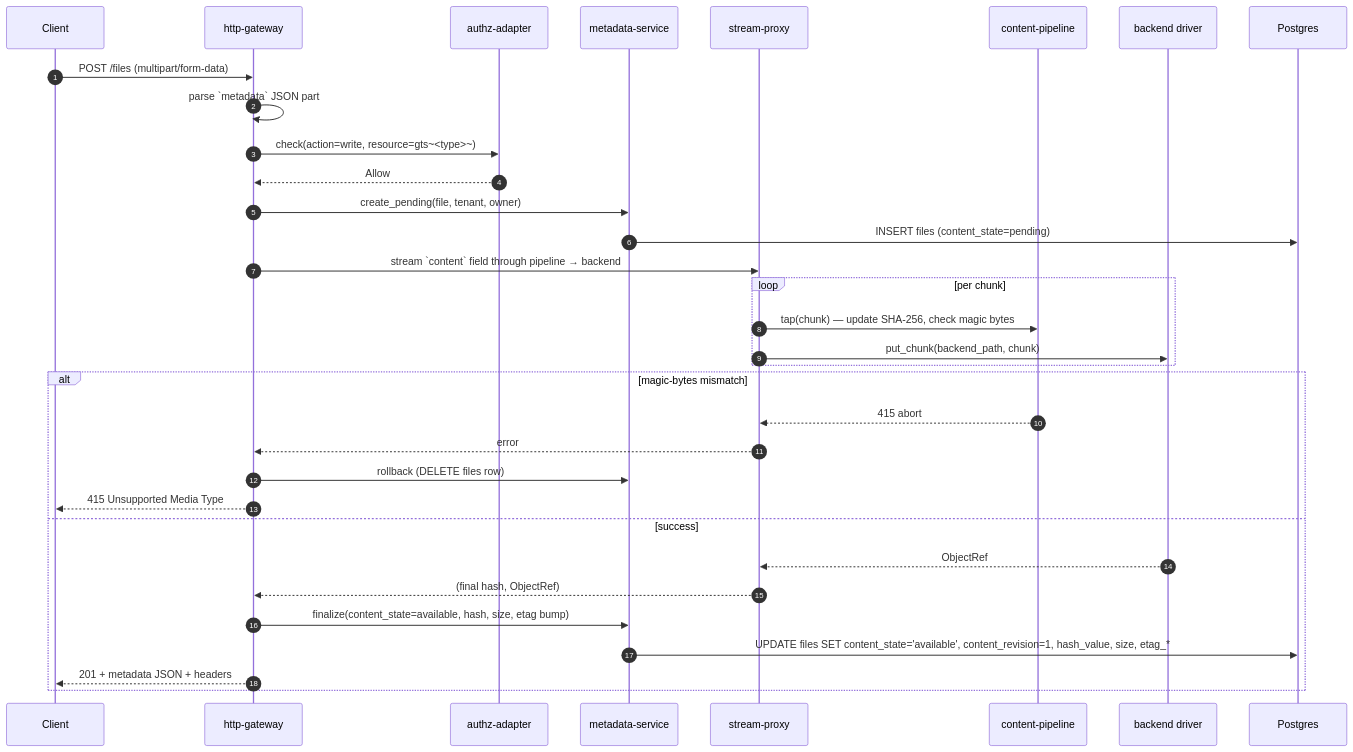
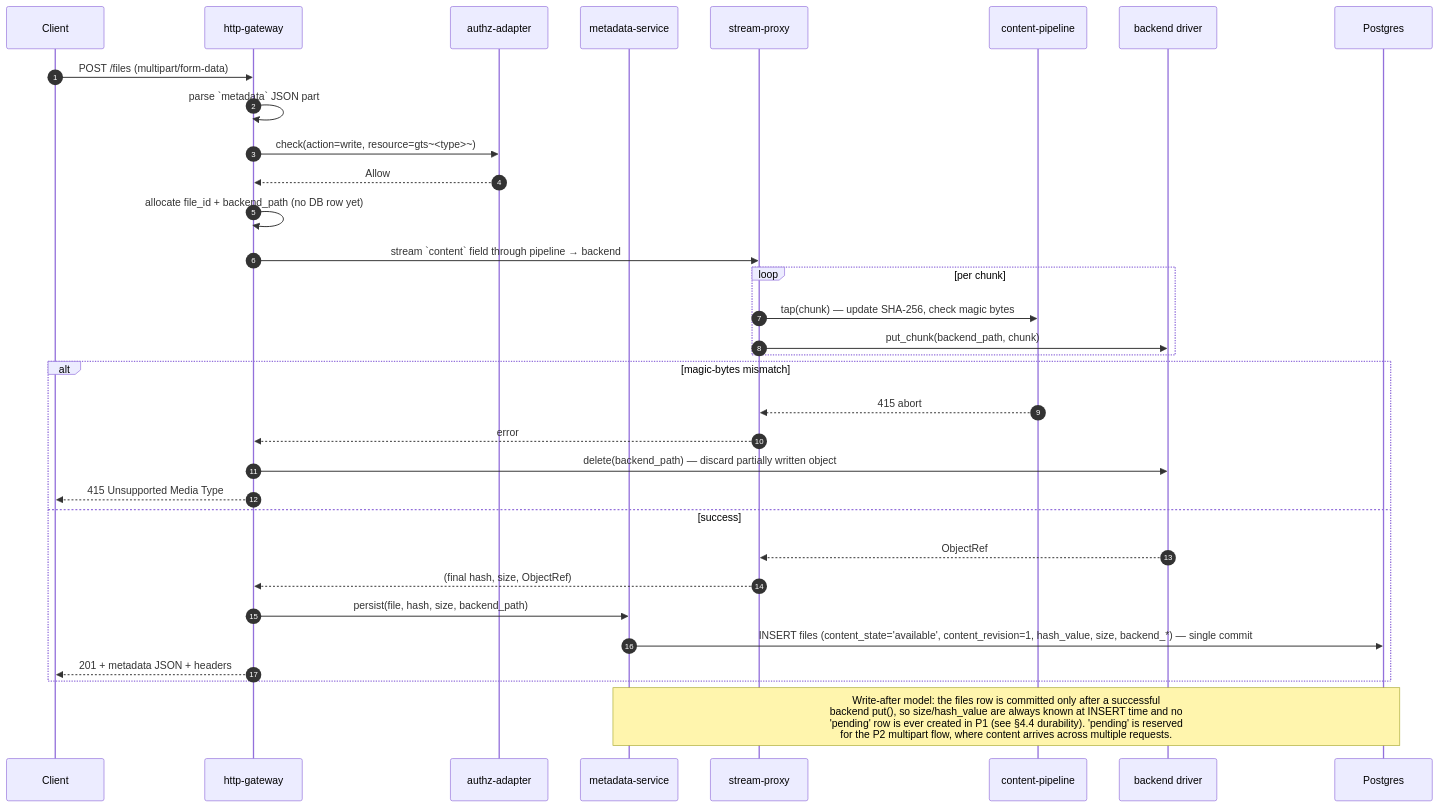
One commit to constructorfabric/gears-rust changed the third of 7 diagrams in modules/file-storage/docs/DESIGN.md. Above: the diagram before and after it, drawn with Mermaid. The commit also changed other lines of this file and 4 other files, not shown here.

````diff
--- a/modules/file-storage/docs/DESIGN.md
+++ b/modules/file-storage/docs/DESIGN.md
@@ -647,36 +649,36 @@
 ```mermaid
 sequenceDiagram
     autonumber
     participant C as Client
     participant HGW as http-gateway
     participant AZ as authz-adapter
     participant MS as metadata-service
     participant SP as stream-proxy
     participant CP as content-pipeline
     participant BA as backend driver
     participant DB as Postgres
 
     C->>HGW: POST /files (multipart/form-data)
     HGW->>HGW: parse `metadata` JSON part
     HGW->>AZ: check(action=write, resource=gts~<type>~)
     AZ-->>HGW: Allow
-    HGW->>MS: create_pending(file, tenant, owner)
-    MS->>DB: INSERT files (content_state=pending)
+    HGW->>HGW: allocate file_id + backend_path (no DB row yet)
     HGW->>SP: stream `content` field through pipeline → backend
     loop per chunk
         SP->>CP: tap(chunk) — update SHA-256, check magic bytes
         SP->>BA: put_chunk(backend_path, chunk)
     end
     alt magic-bytes mismatch
         CP-->>SP: 415 abort
         SP-->>HGW: error
-        HGW->>MS: rollback (DELETE files row)
+        HGW->>BA: delete(backend_path) — discard partially written object
         HGW-->>C: 415 Unsupported Media Type
     else success
         BA-->>SP: ObjectRef
-        SP-->>HGW: (final hash, ObjectRef)
-        HGW->>MS: finalize(content_state=available, hash, size, etag bump)
-        MS->>DB: UPDATE files SET content_state='available', content_revision=1, hash_value, size, etag_*
+        SP-->>HGW: (final hash, size, ObjectRef)
+        HGW->>MS: persist(file, hash, size, backend_path)
+        MS->>DB: INSERT files (content_state='available', content_revision=1, hash_value, size, backend_*) — single commit
         HGW-->>C: 201 + metadata JSON + headers
     end
+    Note over MS,DB: Write-after model: the files row is committed only after a successful<br/>backend put(), so size/hash_value are always known at INSERT time and no<br/>'pending' row is ever created in P1 (see §4.4 durability). 'pending' is reserved<br/>for the P2 multipart flow, where content arrives across multiple requests.
 ```
````
